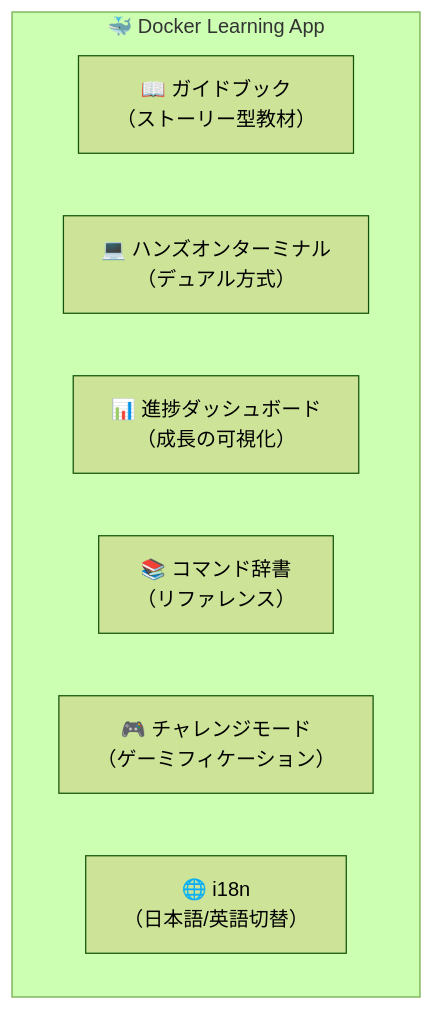
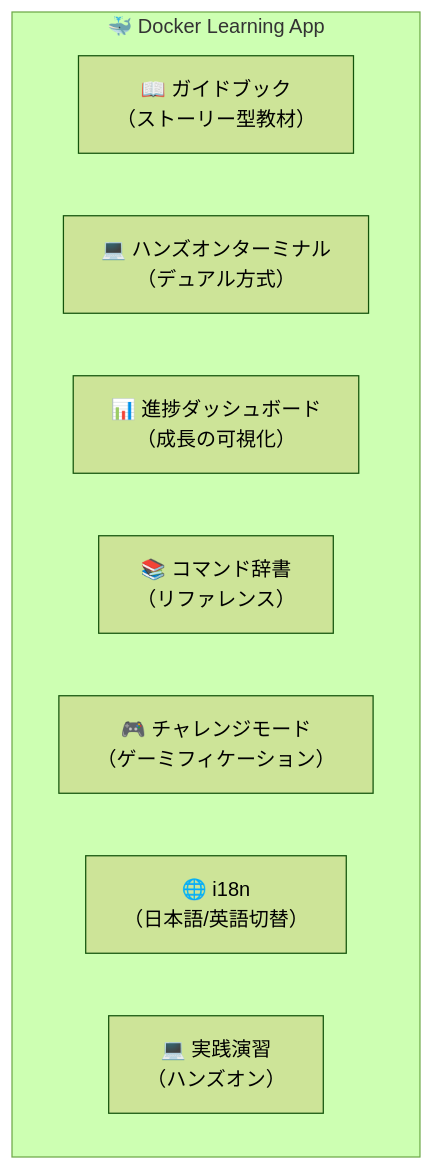
One commit to marerum/Docker_Leaning_app changed the third of 3 diagrams in docs/specification.md. Above: the diagram before and after it, drawn with Mermaid (forest theme). The commit also changed other lines of this file and 13 other files, not shown here.

````diff
--- a/docs/specification.md
+++ b/docs/specification.md
@@ -79,11 +79,12 @@
 ```mermaid
 graph TB
     subgraph APP["🐳 Docker Learning App"]
         A["📖 ガイドブック<br>（ストーリー型教材）"]
         B["💻 ハンズオンターミナル<br>（デュアル方式）"]
         C["📊 進捗ダッシュボード<br>（成長の可視化）"]
         D["📚 コマンド辞書<br>（リファレンス）"]
         E["🎮 チャレンジモード<br>（ゲーミフィケーション）"]
         F["🌐 i18n<br>（日本語/英語切替）"]
+        G["💻 実践演習<br>（ハンズオン）"]
     end
 ```
````
